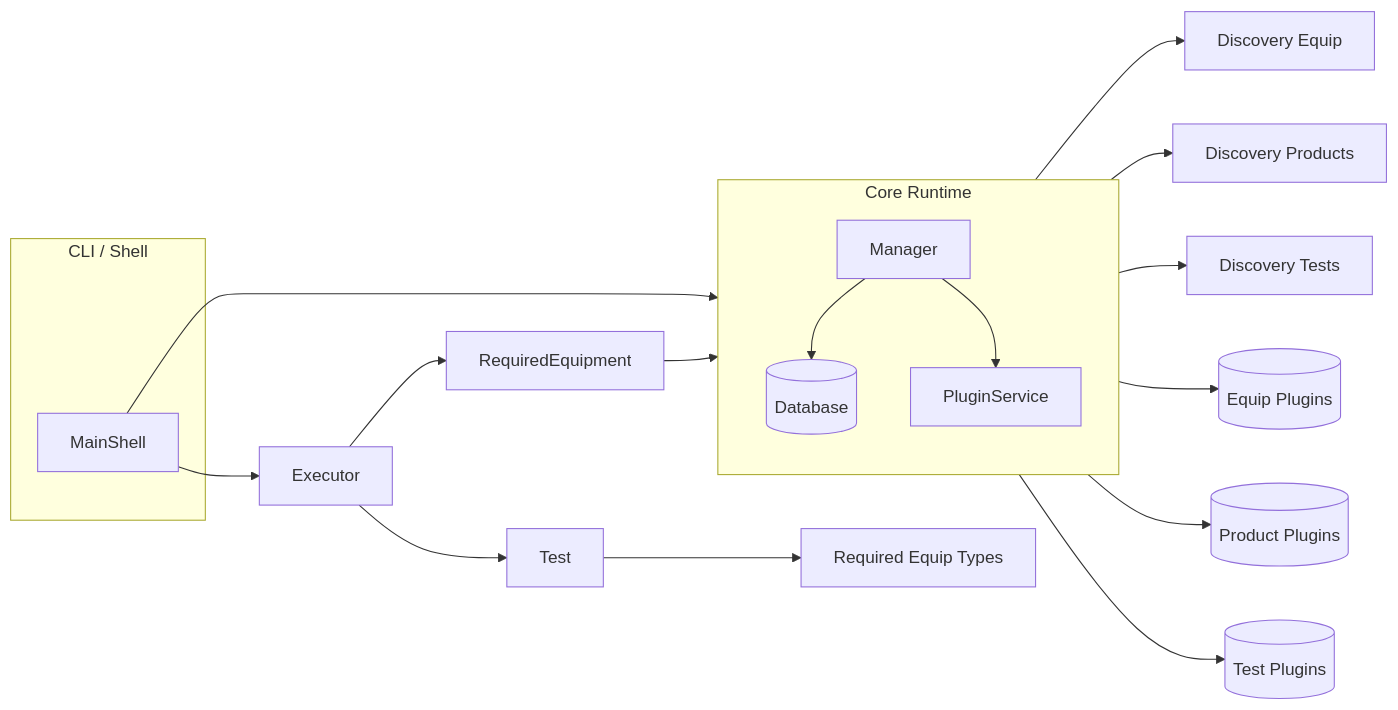
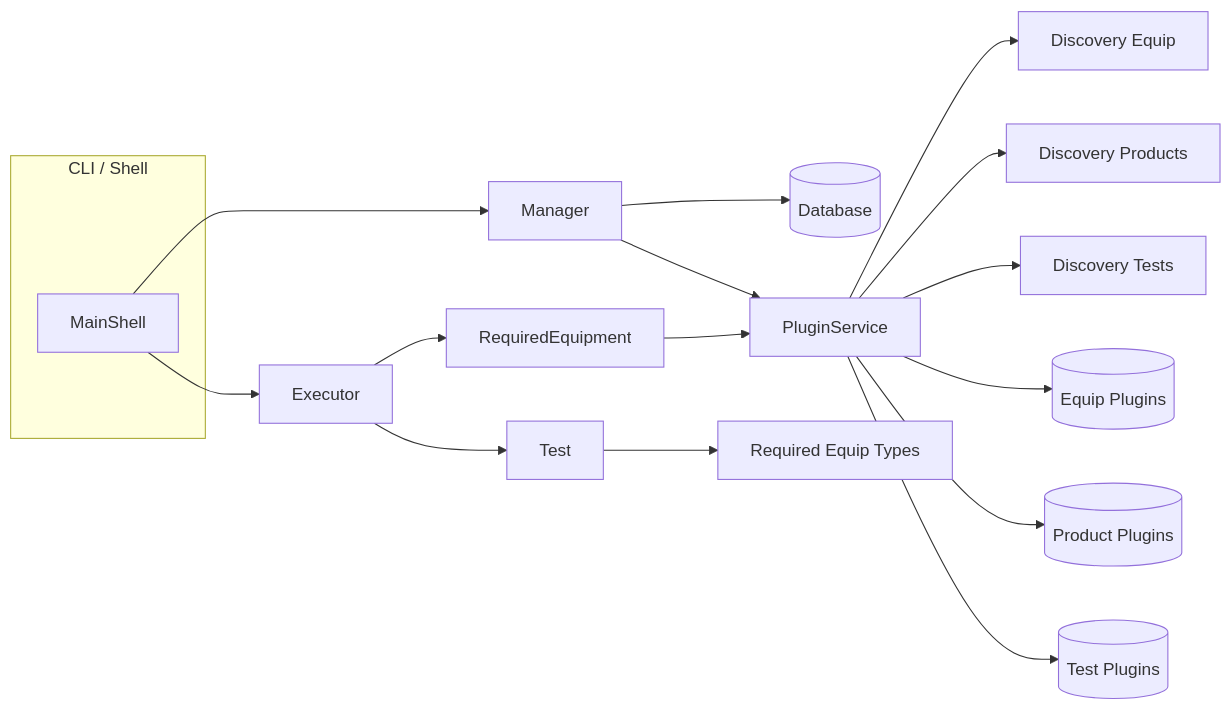
Before and after one commit to philware76/Cerberus: the first of 4 diagrams in Cerberus/README.md, drawn with Mermaid.

Commit message:
readme update

````diff
--- a/Cerberus/README.md
+++ b/Cerberus/README.md
@@ -36,28 +36,22 @@
 ```mermaid
-%% NOTE: Adjusted layout: use a vertical subgraph so Database sits above PluginService (reduces crowding)
+%% NOTE: Reverted grouping; rely on declaration order so Database appears above PluginService.
 flowchart LR
    subgraph CLI [CLI / Shell]
       MS[MainShell]
    end
-   %% Core runtime stack arranged vertically
-   subgraph CORE [Core Runtime]
-      direction TB
-      MGR[Manager]
-      DB[(Database)]
-      PS[PluginService]
-   end
-   MS --> MGR
-   MGR --> DB
-   MGR --> PS
+   MS --> MGR[Manager]
+   %% Declare DB link before PS to encourage vertical ordering (DB above PS)
+   MGR --> DB[(Database)]
+   MGR --> PS[PluginService]
    PS --> PD_E[Discovery Equip]
    PS --> PD_P[Discovery Products]
    PS --> PD_T[Discovery Tests]
    MS --> EXEC[Executor]
    EXEC --> RE[RequiredEquipment]
    RE --> PS
    EXEC --> TEST[Test]
    TEST --> REQ[Required Equip Types]
    PS --> EQUIP[(Equip Plugins)]
    PS --> PROD[(Product Plugins)]
    PS --> TESTS[(Test Plugins)]
 ```
````
